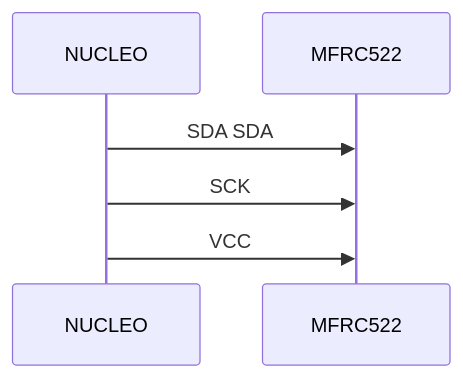
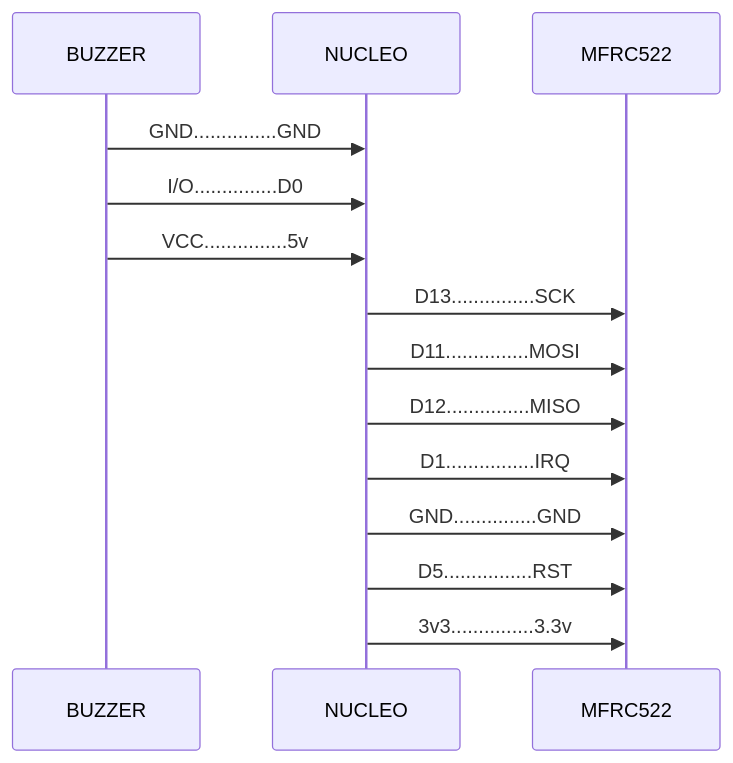
The diagram in README.md (bytefull/resto-device), drawn with Mermaid before and after one commit.

````diff
--- a/README.md
+++ b/README.md
@@ -6,6 +6,13 @@
 ```mermaid
 sequenceDiagram
-NUCLEO ->> MFRC522: SDA SDA
-NUCLEO ->> MFRC522: SCK
-NUCLEO ->> MFRC522: VCC
+BUZZER ->> NUCLEO: GND...............GND
+BUZZER ->> NUCLEO: I/O...............D0
+BUZZER ->> NUCLEO: VCC...............5v
+NUCLEO ->> MFRC522: D13...............SCK
+NUCLEO ->> MFRC522: D11...............MOSI
+NUCLEO ->> MFRC522: D12...............MISO
+NUCLEO ->> MFRC522: D1................IRQ
+NUCLEO ->> MFRC522: GND...............GND
+NUCLEO ->> MFRC522: D5................RST
+NUCLEO ->> MFRC522: 3v3...............3.3v
 ```
````
